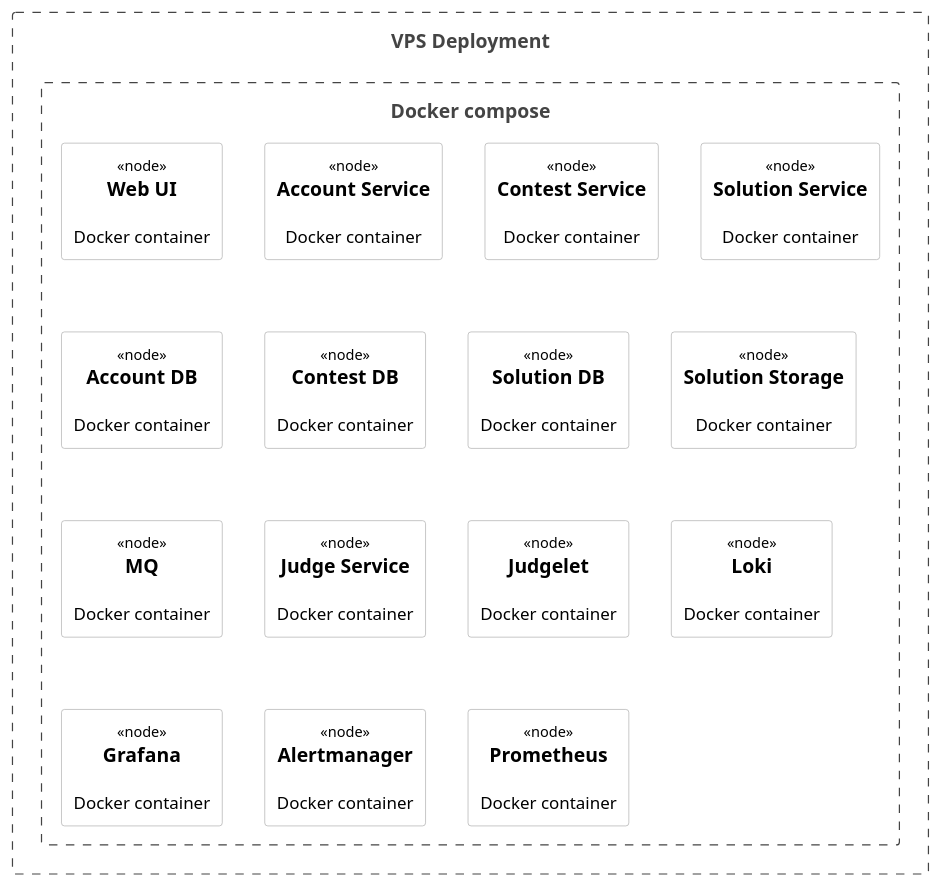
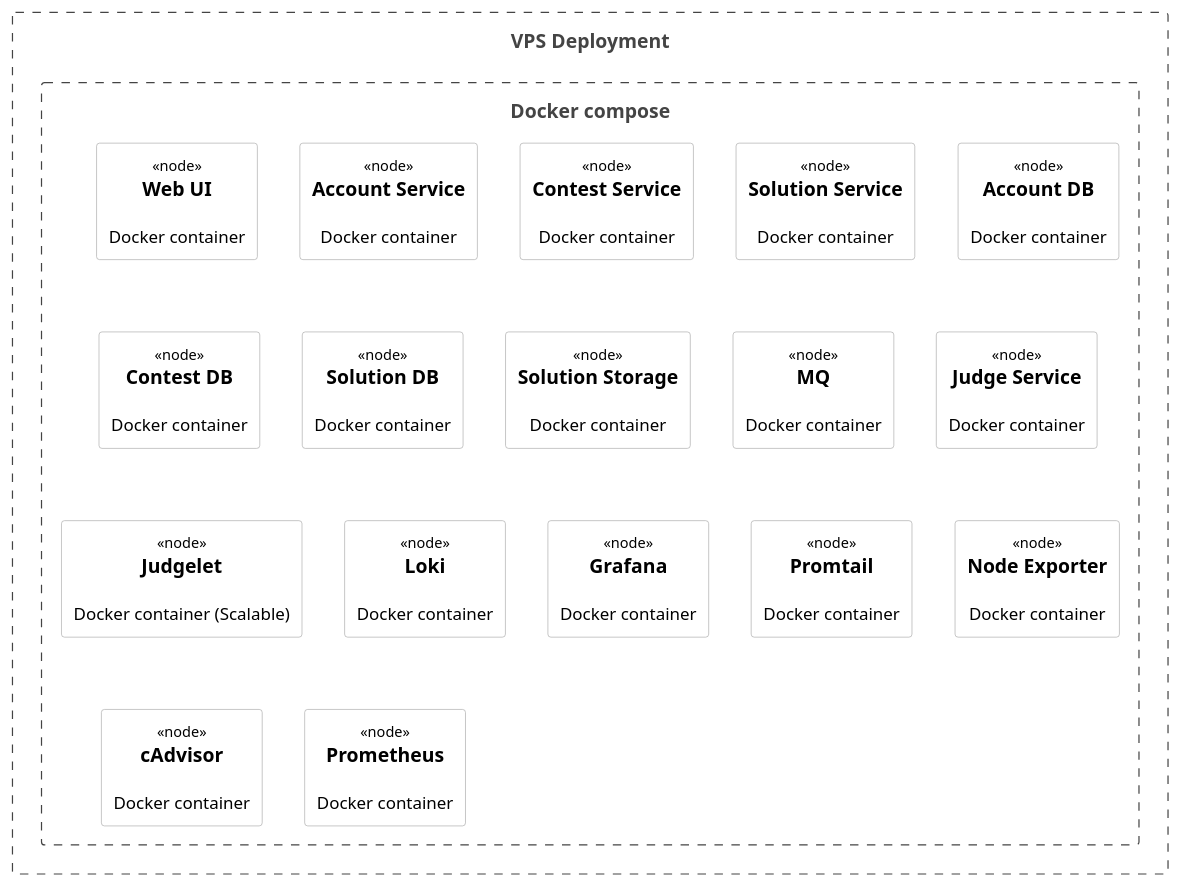
The diagram in docs/arch/deployment.puml (Tapeline/Dockingjudge), drawn with PlantUML before and after one commit. The commit also changed 10 other files, not shown here.

```diff
--- a/docs/arch/deployment.puml
+++ b/docs/arch/deployment.puml
@@ -1,22 +1,24 @@
 @startuml
 !include <C4/C4_Deployment>
 Boundary(VPS_Deployment,"VPS Deployment",$descr=""){
     Boundary(Docker_compose,"Docker compose",$descr=""){
         Node(Web_UI,"Web UI",$descr="Docker container")
         Node(Account_Service,"Account Service",$descr="Docker container")
         Node(Contest_Service,"Contest Service",$descr="Docker container")
         Node(Solution_Service,"Solution Service",$descr="Docker container")
         Node(Account_DB,"Account DB",$descr="Docker container")
         Node(Contest_DB,"Contest DB",$descr="Docker container")
         Node(Solution_DB,"Solution DB",$descr="Docker container")
         Node(Solution_Storage,"Solution Storage",$descr="Docker container")
         Node(MQ,"MQ",$descr="Docker container")
         Node(Judge_Service,"Judge Service",$descr="Docker container")
-        Node(Judgelet,"Judgelet",$descr="Docker container")
+        Node(Judgelet,"Judgelet",$descr="Docker container (Scalable)")
         Node(Loki,"Loki",$descr="Docker container")
         Node(Grafana,"Grafana",$descr="Docker container")
-        Node(Alertmanager,"Alertmanager",$descr="Docker container")
+        Node(Promtail,"Promtail",$descr="Docker container")
+        Node(Node_Exporter,"Node Exporter",$descr="Docker container")
+        Node(cAdvisor,"cAdvisor",$descr="Docker container")
         Node(Prometheus,"Prometheus",$descr="Docker container")
     }
 }
 @enduml
```
